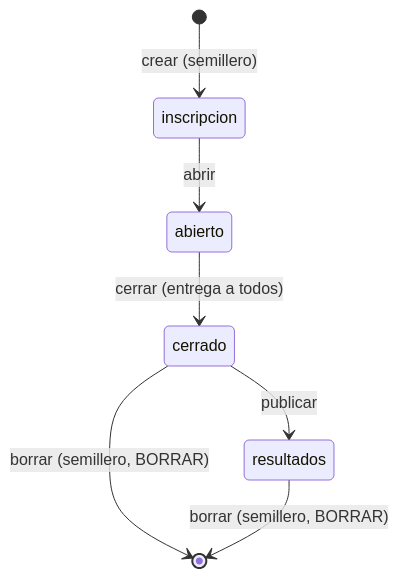
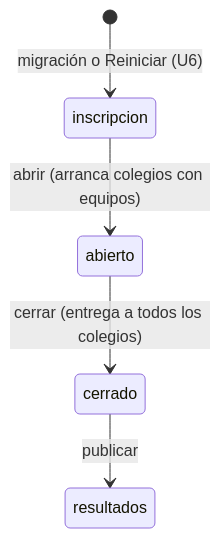
Before and after one commit to statistical-engineering/iest-sem-reto-desinformacion-colegios: the first of 2 diagrams in aidlc/spaces/default/intents/261024-publicar-reto-nube/construction/u5-cloudflare-salas/functional-design/functional-spec.md, drawn with Mermaid. The commit also changed other lines of this file and 114 other files, not shown here.

````diff
--- a/aidlc/spaces/default/intents/261024-publicar-reto-nube/construction/u5-cloudflare-salas/functional-design/functional-spec.md
+++ b/aidlc/spaces/default/intents/261024-publicar-reto-nube/construction/u5-cloudflare-salas/functional-design/functional-spec.md
@@ -85,9 +120,7 @@
 ```mermaid
 stateDiagram-v2
-  [*] --> inscripcion: crear (semillero)
-  inscripcion --> abierto: abrir
-  abierto --> cerrado: cerrar (entrega a todos)
+  [*] --> inscripcion: migración o Reiniciar (U6)
+  inscripcion --> abierto: abrir (arranca colegios con equipos)
+  abierto --> cerrado: cerrar (entrega a todos los colegios)
   cerrado --> resultados: publicar
-  cerrado --> [*]: borrar (semillero, BORRAR)
-  resultados --> [*]: borrar (semillero, BORRAR)
 ```
````
